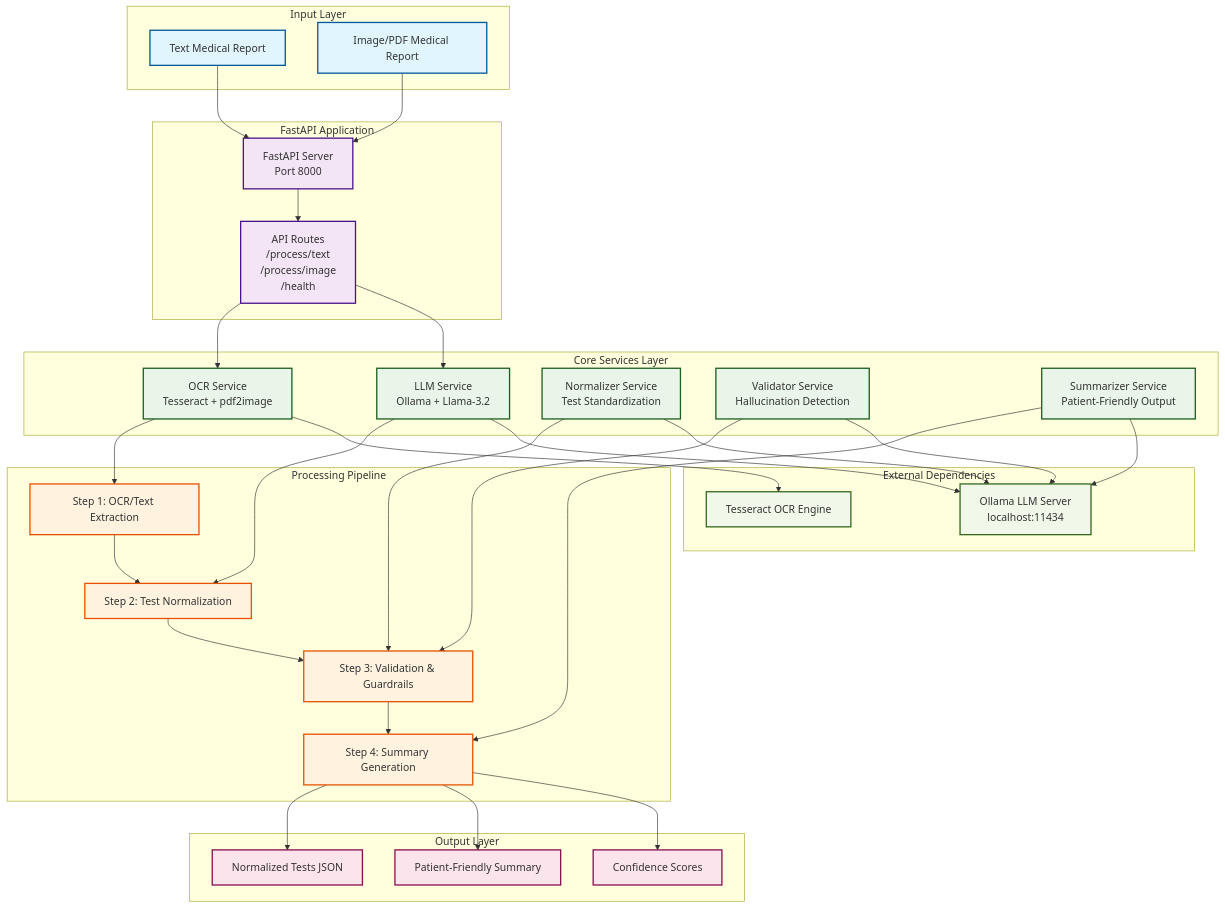
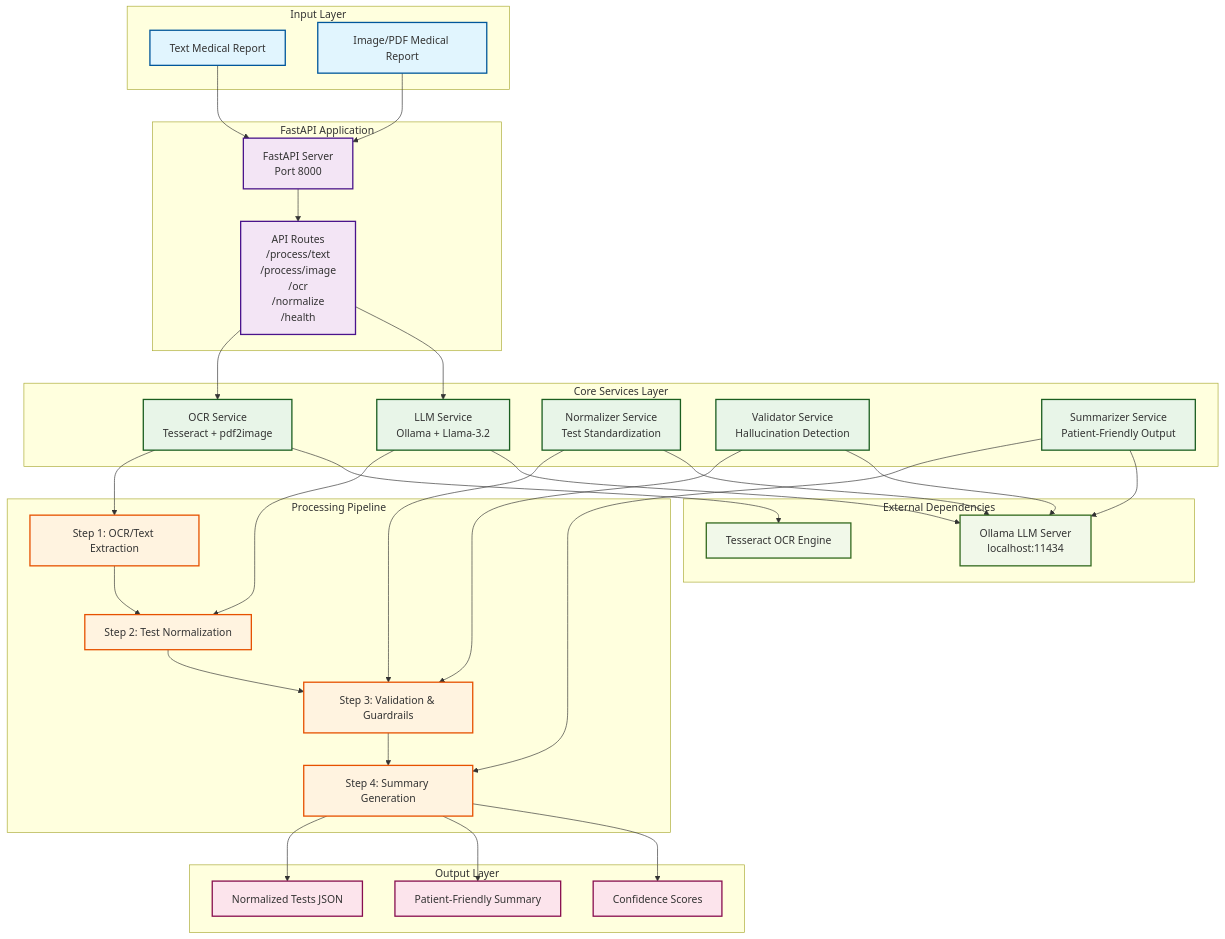
The first of 3 diagrams in ARCHITECTURE.md (Rhishi-04/AI-Powered-Medical-Report-Simplifier), drawn with Mermaid before and after one commit. The commit also changed other lines of this file, not shown here.

First line of the commit message:
docs: Update ARCHITECTURE.md with streamlined content

```diff
--- a/ARCHITECTURE.md
+++ b/ARCHITECTURE.md
@@ -13,7 +13,7 @@
     %% API Gateway
     subgraph "FastAPI Application"
         C[FastAPI Server<br/>Port 8000]
-        D[API Routes<br/>/process/text<br/>/process/image<br/>/health]
+        D[API Routes<br/>/process/text<br/>/process/image<br/>/ocr<br/>/normalize<br/>/health]
     end
     
     %% Core Services
```
